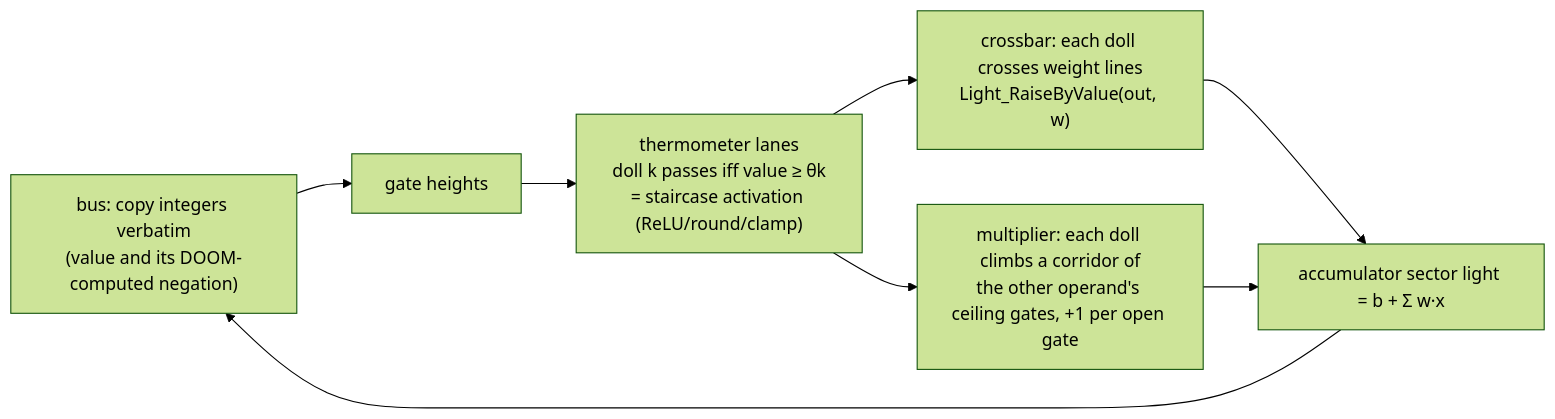
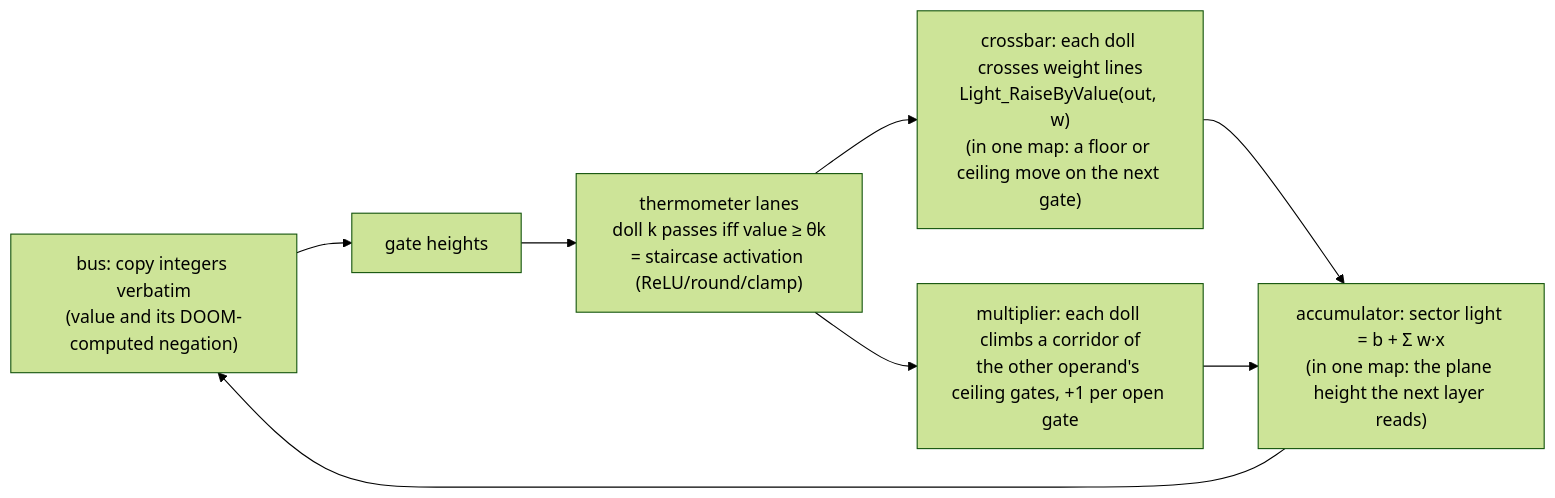
One commit to mottopanikeiku/doomformer changed the diagram in docs/HOW_IT_WORKS.md. Above: the diagram before and after it, drawn with Mermaid (forest theme). The commit also changed other lines of this file and 29 other files, not shown here.

````diff
--- a/docs/HOW_IT_WORKS.md
+++ b/docs/HOW_IT_WORKS.md
@@ -3,10 +20,10 @@
 ```mermaid
 flowchart LR
   BUS["bus: copy integers verbatim<br/>(value and its DOOM-computed negation)"] --> GATE["gate heights"]
   GATE --> ADC["thermometer lanes<br/>doll k passes iff value ≥ θk<br/>= staircase activation (ReLU/round/clamp)"]
-  ADC --> XBAR["crossbar: each doll crosses weight lines<br/>Light_RaiseByValue(out, w)"]
+  ADC --> XBAR["crossbar: each doll crosses weight lines<br/>Light_RaiseByValue(out, w)<br/>(in one map: a floor or ceiling move on the next gate)"]
   ADC --> MUL["multiplier: each doll climbs a corridor of<br/>the other operand's ceiling gates, +1 per open gate"]
-  XBAR --> ACC["accumulator sector light = b + Σ w·x"]
+  XBAR --> ACC["accumulator: sector light = b + Σ w·x<br/>(in one map: the plane height the next layer reads)"]
   MUL --> ACC
   ACC --> BUS
 ```
````
